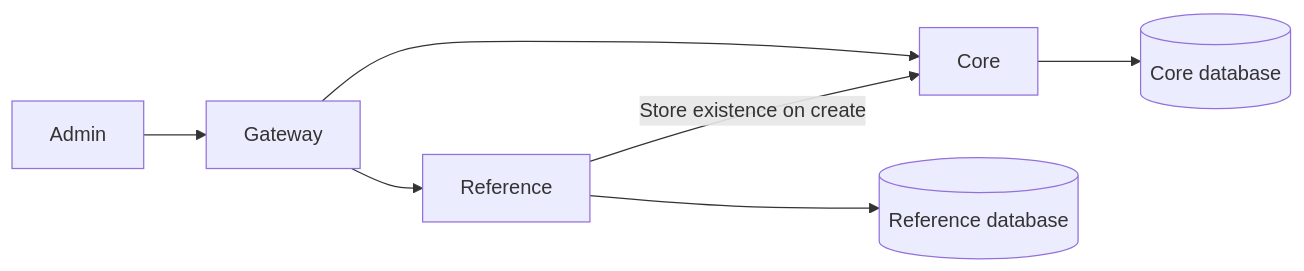
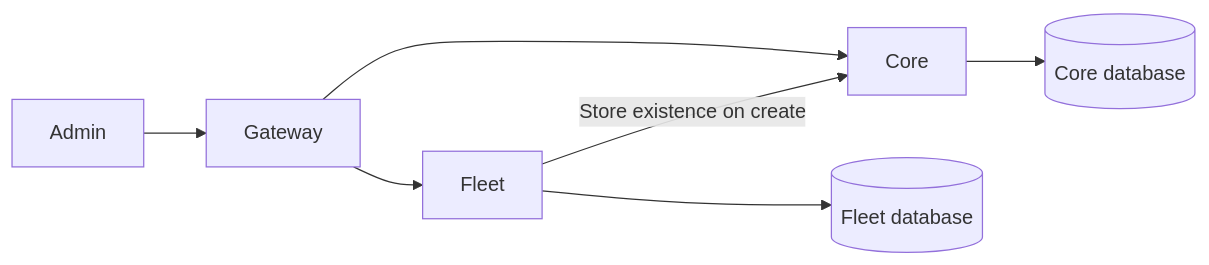
One commit to agavazov/holita changed the diagram in docs/architecture/overview.md. Above: the diagram before and after it, drawn with Mermaid. The commit also changed other lines of this file and 200 other files, not shown here.

Commit message:
refactor: rename reference to fleet and refresh test fixtures

````diff
--- a/docs/architecture/overview.md
+++ b/docs/architecture/overview.md
@@ -13,9 +13,9 @@
 ```mermaid
 flowchart LR
   Admin --> Gateway
   Gateway --> Core
-  Gateway --> Reference
+  Gateway --> Fleet
   Core --> CoreDB[(Core database)]
-  Reference --> ReferenceDB[(Reference database)]
-  Reference -->|Store existence on create| Core
+  Fleet --> FleetDB[(Fleet database)]
+  Fleet -->|Store existence on create| Core
 ```
````
